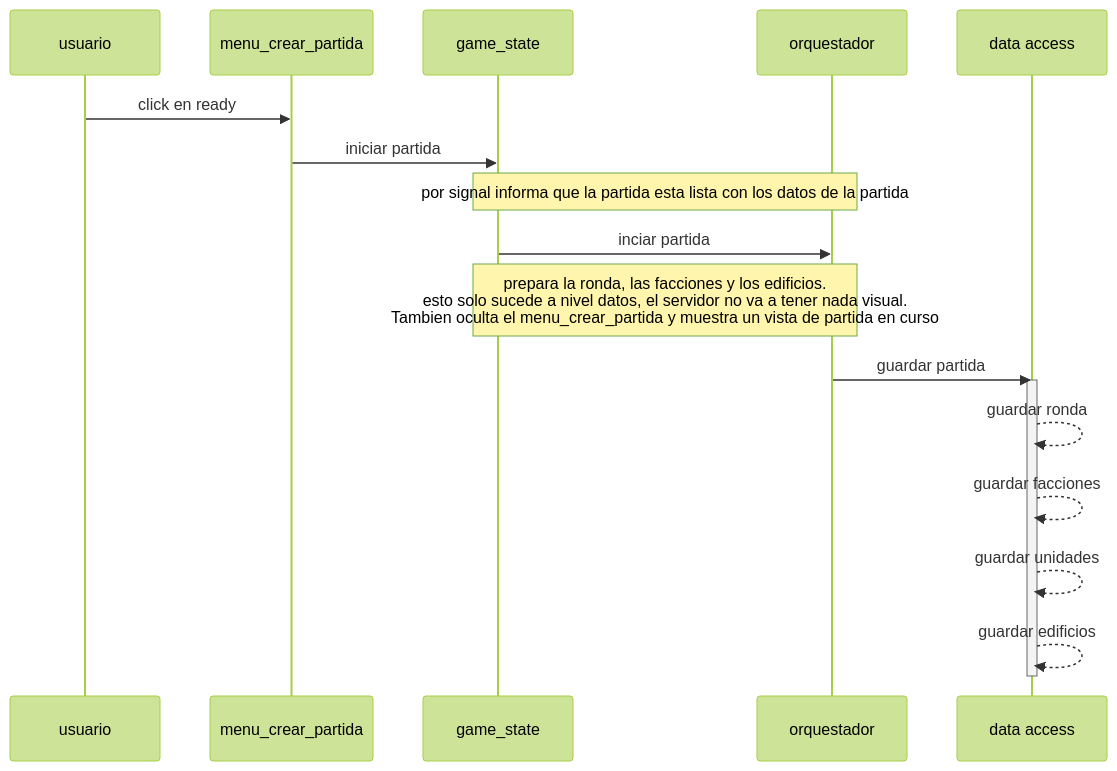
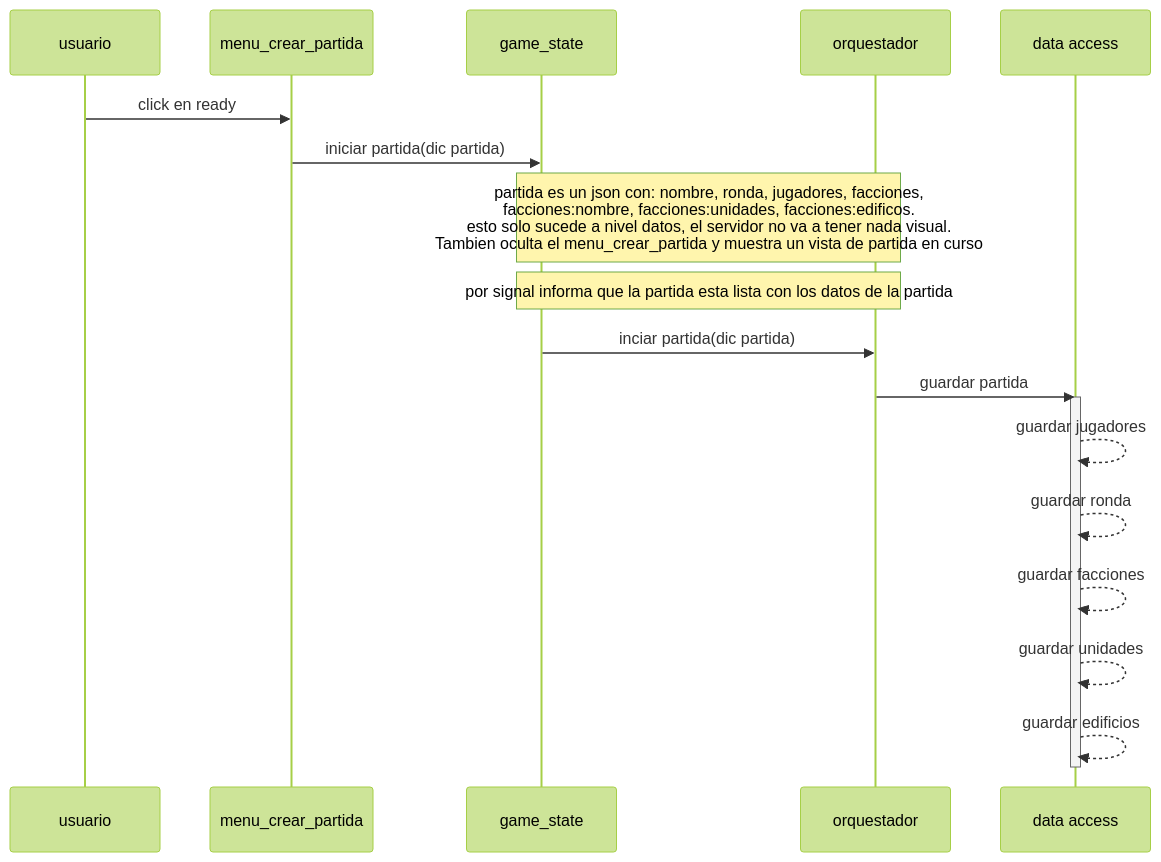
One commit to bulfonjf/POC_Multiplayer changed the first of 2 diagrams in diagrams/secuence.mkd. Above: the diagram before and after it, drawn with Mermaid (forest theme). The commit also changed 2 other files, not shown here.

Commit message:
WIP, no revisado

````diff
--- a/diagrams/secuence.mkd
+++ b/diagrams/secuence.mkd
@@ -3,22 +3,23 @@
 ```mermaid
 sequenceDiagram
   participant u as usuario
   participant m as menu_crear_partida
   participant g as game_state
   participant o as orquestador
   participant da as data access
 
   u ->> m : click en ready
-  m ->> g: iniciar partida
+  m ->> g: iniciar partida(dic  partida)
+  note over g, o: partida es un json con: nombre, ronda, jugadores, facciones,<br> facciones:nombre, facciones:unidades, facciones:edificos.<br> esto solo sucede a nivel datos, el servidor no va a tener nada visual.<br>Tambien oculta el menu_crear_partida y muestra un vista de partida en curso 
   note over g, o: por signal informa que la partida esta lista con los datos de la partida
-  g ->> o: inciar partida
-  note over g, o: prepara la ronda, las facciones y los edificios.<br> esto solo sucede a nivel datos, el servidor no va a tener nada visual.<br>Tambien oculta el menu_crear_partida y muestra un vista de partida en curso 
+  g ->> o: inciar partida(dic partida)
   o ->> da: guardar partida
   activate da
+  da -->> da: guardar jugadores
   da -->> da: guardar ronda
   da -->> da: guardar facciones
   da -->> da: guardar unidades
   da -->> da: guardar edificios
   deactivate da
 
 ```
````
